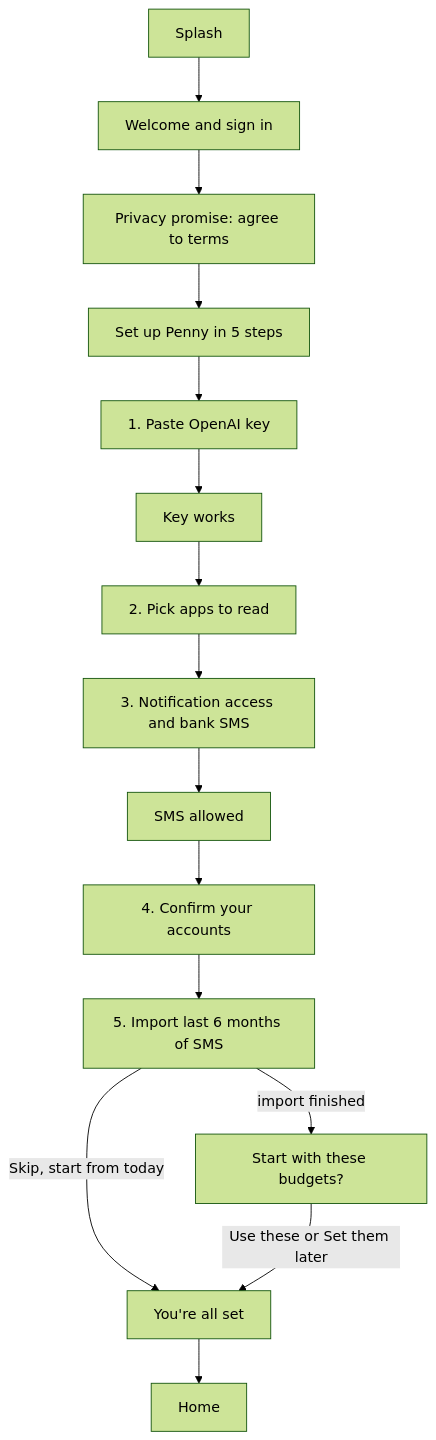
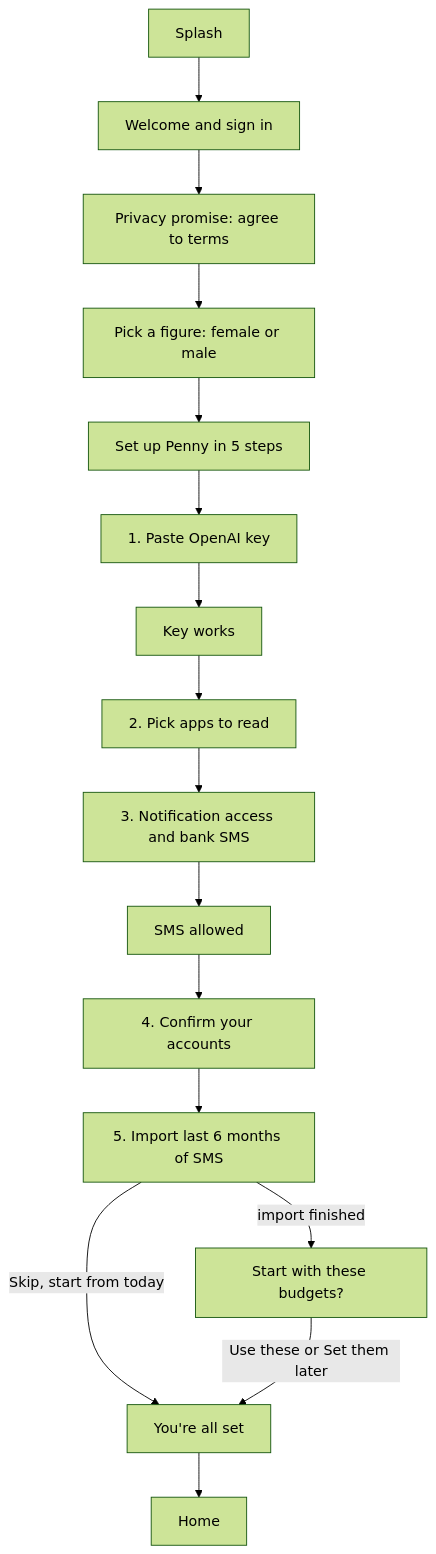
One commit to aritra69/penny changed the second of 3 diagrams in docs/user-flows-and-features.md. Above: the diagram before and after it, drawn with Mermaid (forest theme). The commit also changed other lines of this file, not shown here.

Commit message:
docs: add the gender step to the first-launch flow

````diff
--- a/docs/user-flows-and-features.md
+++ b/docs/user-flows-and-features.md
@@ -66,16 +66,17 @@
 ```mermaid
 flowchart TD
     Splash --> Welcome[Welcome and sign in]
     Welcome --> Privacy[Privacy promise: agree to terms]
-    Privacy --> Steps[Set up Penny in 5 steps]
+    Privacy --> Gender[Pick a figure: female or male]
+    Gender --> Steps[Set up Penny in 5 steps]
     Steps --> Key[1. Paste OpenAI key] --> KeyOk[Key works]
     KeyOk --> Apps[2. Pick apps to read]
     Apps --> Perms[3. Notification access and bank SMS]
     Perms --> SmsOk[SMS allowed]
     SmsOk --> Accounts[4. Confirm your accounts]
     Accounts --> Import[5. Import last 6 months of SMS]
     Import -->|import finished| Budgets[Start with these budgets?]
     Import -->|Skip, start from today| Done[You're all set]
     Budgets -->|Use these or Set them later| Done
     Done --> Home
 ```
````
